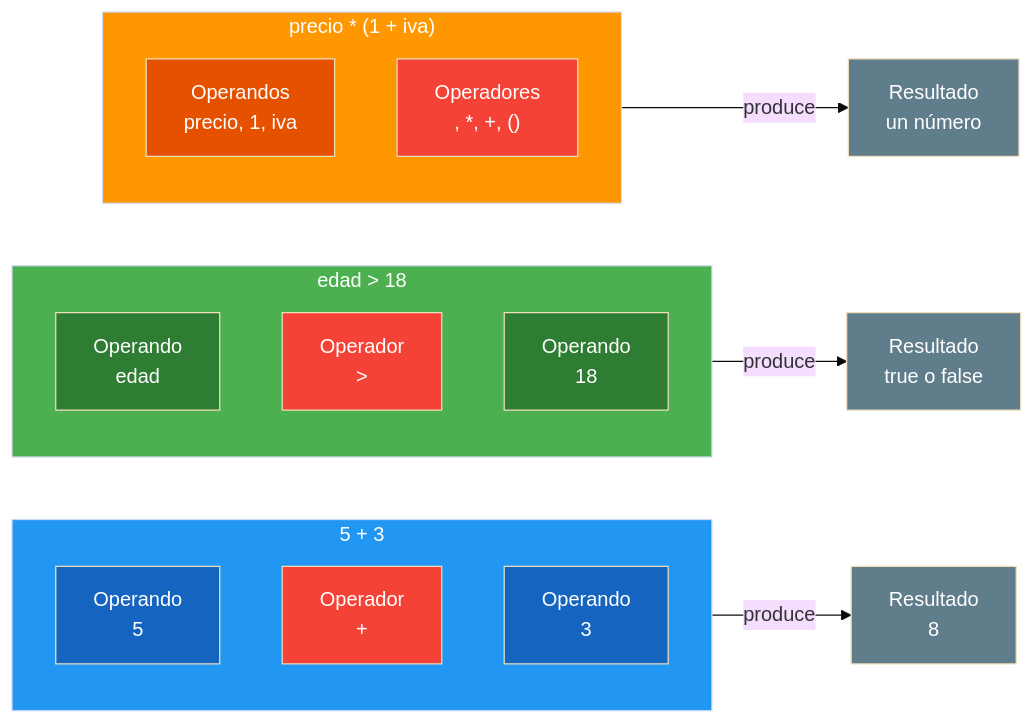
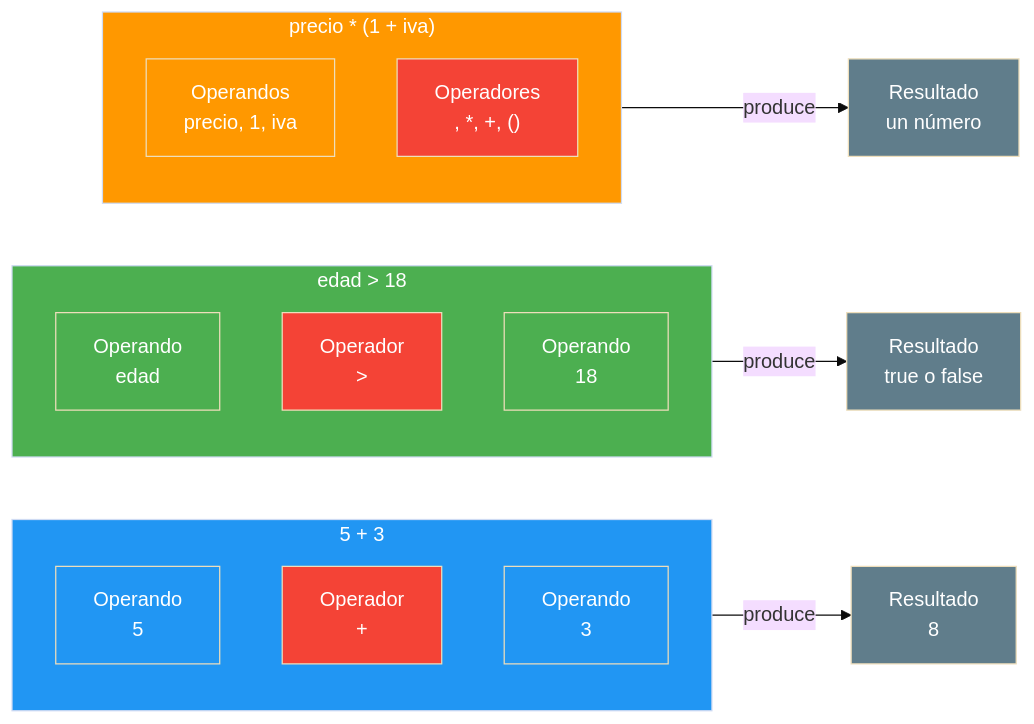
One commit to joseluisgs/Programacion-01-2026-2027 changed the first of 6 diagrams in 07-operadores-expresiones.md. Above: the diagram before and after it, drawn with Mermaid (base theme). The commit also changed other lines of this file and 10 other files, not shown here.

````diff
--- a/07-operadores-expresiones.md
+++ b/07-operadores-expresiones.md
@@ -48,37 +48,37 @@
 ```mermaid
 graph LR
     subgraph EXPRESION ["5 + 3"]
         O1["Operando<br/>5"]
         OP["Operador<br/>+"]
         O2["Operando<br/>3"]
     end
     EXPRESION -->|"produce"| R1["Resultado<br/>8"]
 
     subgraph EXPRESION2 ["edad > 18"]
         O3["Operando<br/>edad"]
         OP2["Operador<br/>>"]
         O4["Operando<br/>18"]
     end
     EXPRESION2 -->|"produce"| R2["Resultado<br/>true o false"]
 
     subgraph EXPRESION3 ["precio * (1 + iva)"]
         O5["Operandos<br/>precio, 1, iva"]
         OP3["Operadores<br/>, *, +, ()"]
     end
     EXPRESION3 -->|"produce"| R3["Resultado<br/>un número"]
 
     style EXPRESION fill:#2196F3,color:#fff
     style EXPRESION2 fill:#4CAF50,color:#fff
     style EXPRESION3 fill:#FF9800,color:#fff
-    style O1 fill:#1565C0,color:#fff
-    style O2 fill:#1565C0,color:#fff
+style O1 fill:#2196F3,color:#fff
+  style O2 fill:#2196F3,color:#fff
     style OP fill:#f44336,color:#fff
-    style O3 fill:#2E7D32,color:#fff
-    style O4 fill:#2E7D32,color:#fff
+style O3 fill:#4CAF50,color:#fff
+  style O4 fill:#4CAF50,color:#fff
     style OP2 fill:#f44336,color:#fff
-    style O5 fill:#E65100,color:#fff
+    style O5 fill:#FF9800,color:#fff
     style OP3 fill:#f44336,color:#fff
     style R1 fill:#607D8B,color:#fff
     style R2 fill:#607D8B,color:#fff
     style R3 fill:#607D8B,color:#fff
 ```
````
